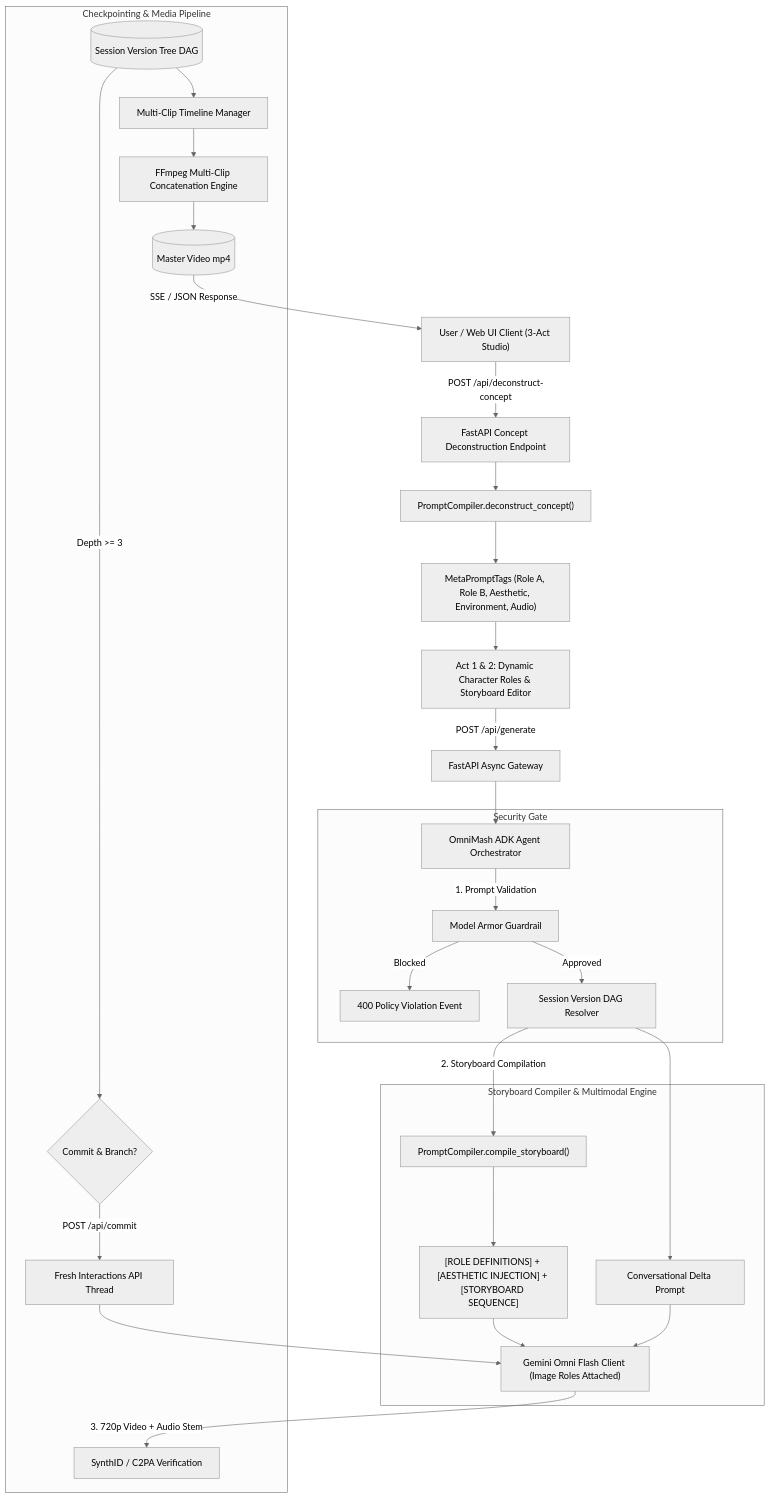
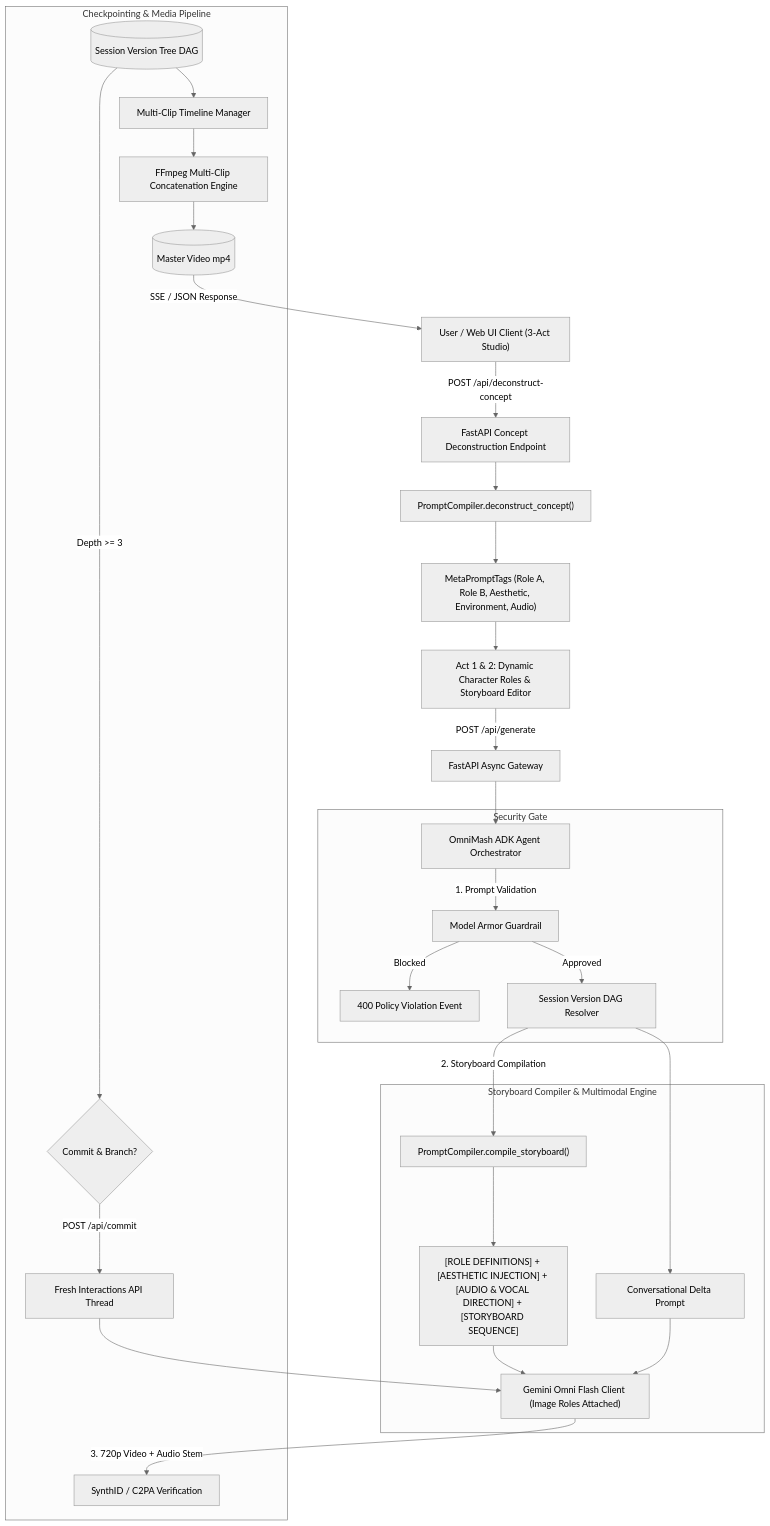
The diagram in README.md (tottenjordan/omnimash), drawn with Mermaid (neutral theme) before and after one commit. The commit also changed other lines of this file and 2 other files, not shown here.

Commit message:
docs: update documentation and screenshots for voice styles and audio direction

````diff
--- a/README.md
+++ b/README.md
@@ -113,38 +113,38 @@
 ```mermaid
 graph TD
     User["User / Web UI Client (3-Act Studio)"] -->|POST /api/deconstruct-concept| DeconstructAPI["FastAPI Concept Deconstruction Endpoint"]
     DeconstructAPI --> NLP["PromptCompiler.deconstruct_concept()"]
     NLP --> MetaTags["MetaPromptTags (Role A, Role B, Aesthetic, Environment, Audio)"]
     MetaTags --> UIEditor["Act 1 & 2: Dynamic Character Roles & Storyboard Editor"]
     
     UIEditor -->|POST /api/generate| API["FastAPI Async Gateway"]
     API --> Agent["OmniMash ADK Agent Orchestrator"]
     
     subgraph SecurityGate["Security Gate"]
         Agent -->|1. Prompt Validation| Guard["Model Armor Guardrail"]
         Guard -->|Blocked| Reject["400 Policy Violation Event"]
         Guard -->|Approved| SessionState["Session Version DAG Resolver"]
     end
 
     subgraph PromptEngine["Storyboard Compiler & Multimodal Engine"]
         SessionState -->|2. Storyboard Compilation| Compiler["PromptCompiler.compile_storyboard()"]
-        Compiler --> StoryboardPrompt["[ROLE DEFINITIONS] + [AESTHETIC INJECTION] + [STORYBOARD SEQUENCE]"]
+        Compiler --> StoryboardPrompt["[ROLE DEFINITIONS] + [AESTHETIC INJECTION] + [AUDIO & VOCAL DIRECTION] + [STORYBOARD SEQUENCE]"]
         SessionState --> TaxDelta["Conversational Delta Prompt"]
         
         StoryboardPrompt --> Omni["Gemini Omni Flash Client (Image Roles Attached)"]
         TaxDelta --> Omni
     end
 
     subgraph MediaPipeline["Checkpointing & Media Pipeline"]
         Omni -->|3. 720p Video + Audio Stem| Watermark["SynthID / C2PA Verification"]
         DAGStore[("Session Version Tree DAG")]
         DAGStore -->|"Depth >= 3"| CommitGate{"Commit & Branch?"}
         CommitGate -->|POST /api/commit| ReAnchor["Fresh Interactions API Thread"]
         ReAnchor --> Omni
         DAGStore --> Timeline["Multi-Clip Timeline Manager"]
         Timeline --> Stitcher["FFmpeg Multi-Clip Concatenation Engine"]
         Stitcher --> MasterVideo[("Master Video mp4")]
     end
 
     MasterVideo -->|SSE / JSON Response| User
 ```
````
